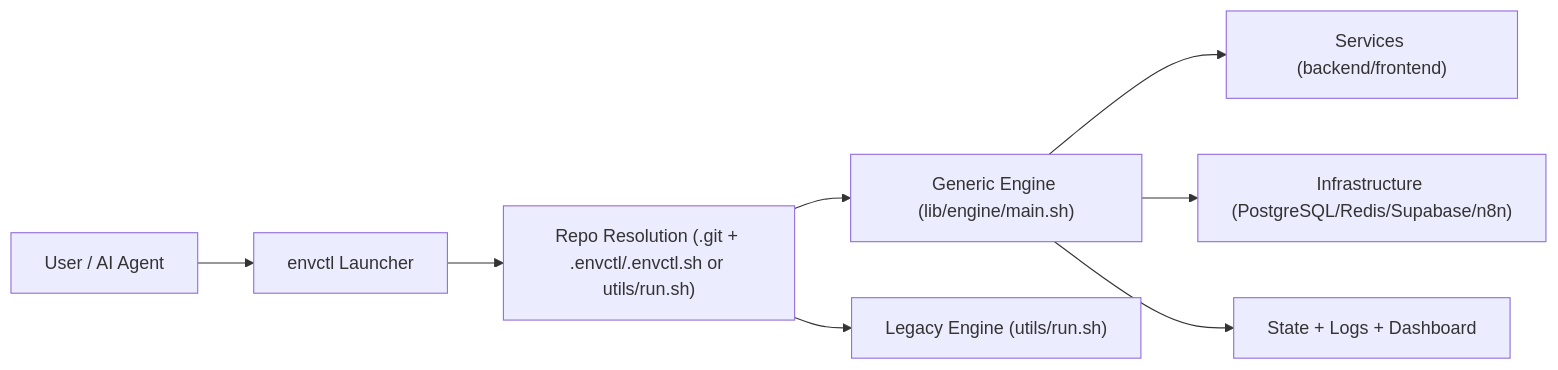
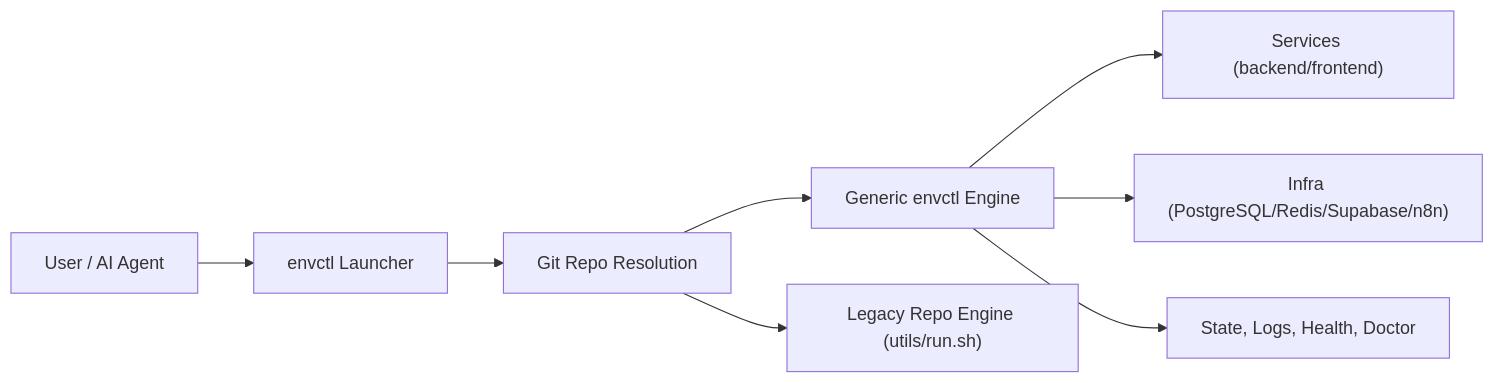
One commit to kfiramar/envctl changed the diagram in README.md. Above: the diagram before and after it, drawn with Mermaid. The commit also changed other lines of this file and 2 other files, not shown here.

First line of the commit message:
feat(launcher): run envctl in any git repo

````diff
--- a/README.md
+++ b/README.md
@@ -80,10 +60,10 @@
 ```mermaid
 flowchart LR
   A["User / AI Agent"] --> B["envctl Launcher"]
-  B --> C["Repo Resolution (.git + .envctl/.envctl.sh or utils/run.sh)"]
-  C --> D["Generic Engine (lib/engine/main.sh)"]
-  C --> E["Legacy Engine (utils/run.sh)"]
+  B --> C["Git Repo Resolution"]
+  C --> D["Generic envctl Engine"]
+  C --> E["Legacy Repo Engine (utils/run.sh)"]
   D --> F["Services (backend/frontend)"]
-  D --> G["Infrastructure (PostgreSQL/Redis/Supabase/n8n)"]
-  D --> H["State + Logs + Dashboard"]
+  D --> G["Infra (PostgreSQL/Redis/Supabase/n8n)"]
+  D --> H["State, Logs, Health, Doctor"]
 ```
````
